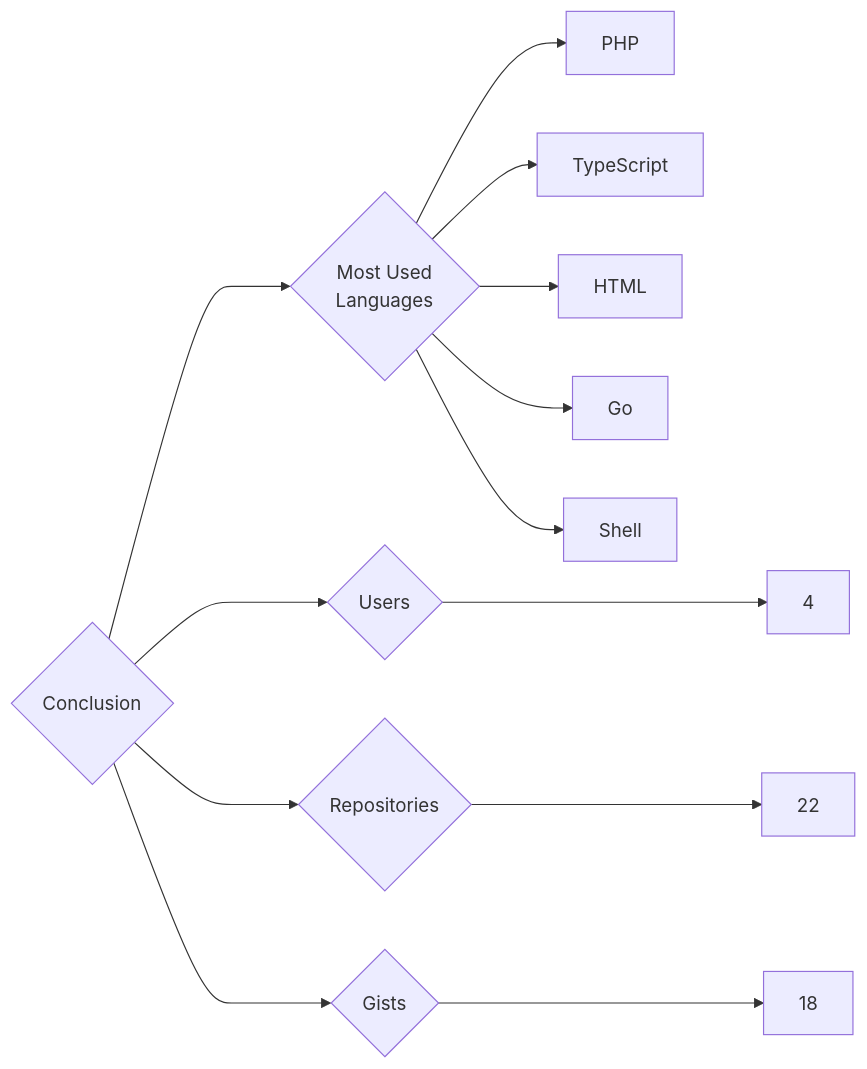
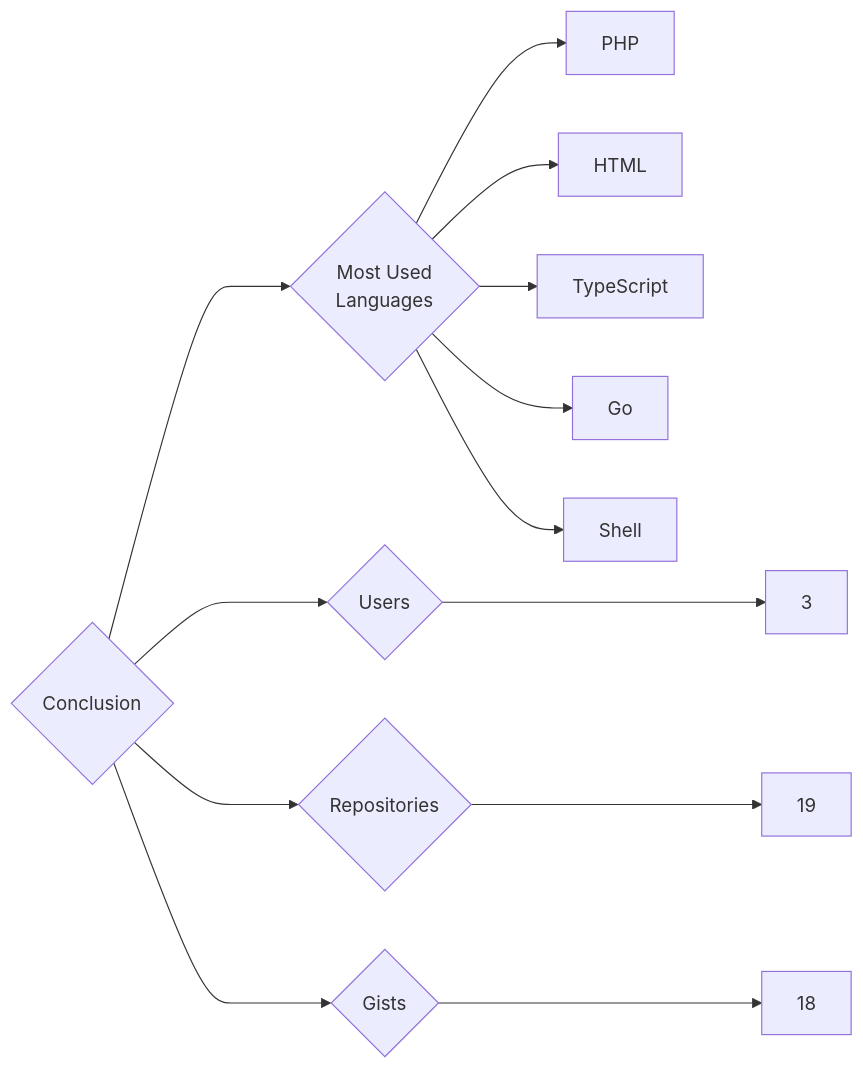
One commit to trickest/insiders changed the diagram in targets/Conclusion/README.md. Above: the diagram before and after it, drawn with Mermaid. The commit also changed 857 other files, not shown here.

````diff
--- a/targets/Conclusion/README.md
+++ b/targets/Conclusion/README.md
@@ -3,13 +3,13 @@
 ```mermaid
 graph LR
 COMPANY_NAME{Conclusion}
-COMPANY_NAME ---> U{Users} ---> UN[4]
-COMPANY_NAME ---> R{Repositories} ---> RN[22]
+COMPANY_NAME ---> U{Users} ---> UN[3]
+COMPANY_NAME ---> R{Repositories} ---> RN[19]
 COMPANY_NAME ---> G{Gists} ---> GN[18]
 COMPANY_NAME ---> ML{Most Used<br>Languages}
 ML --> PHP[PHP]
+ML --> HTML[HTML]
 ML --> TypeScript[TypeScript]
-ML --> HTML[HTML]
 ML --> Go[Go]
 ML --> Shell[Shell]
 ```
````
